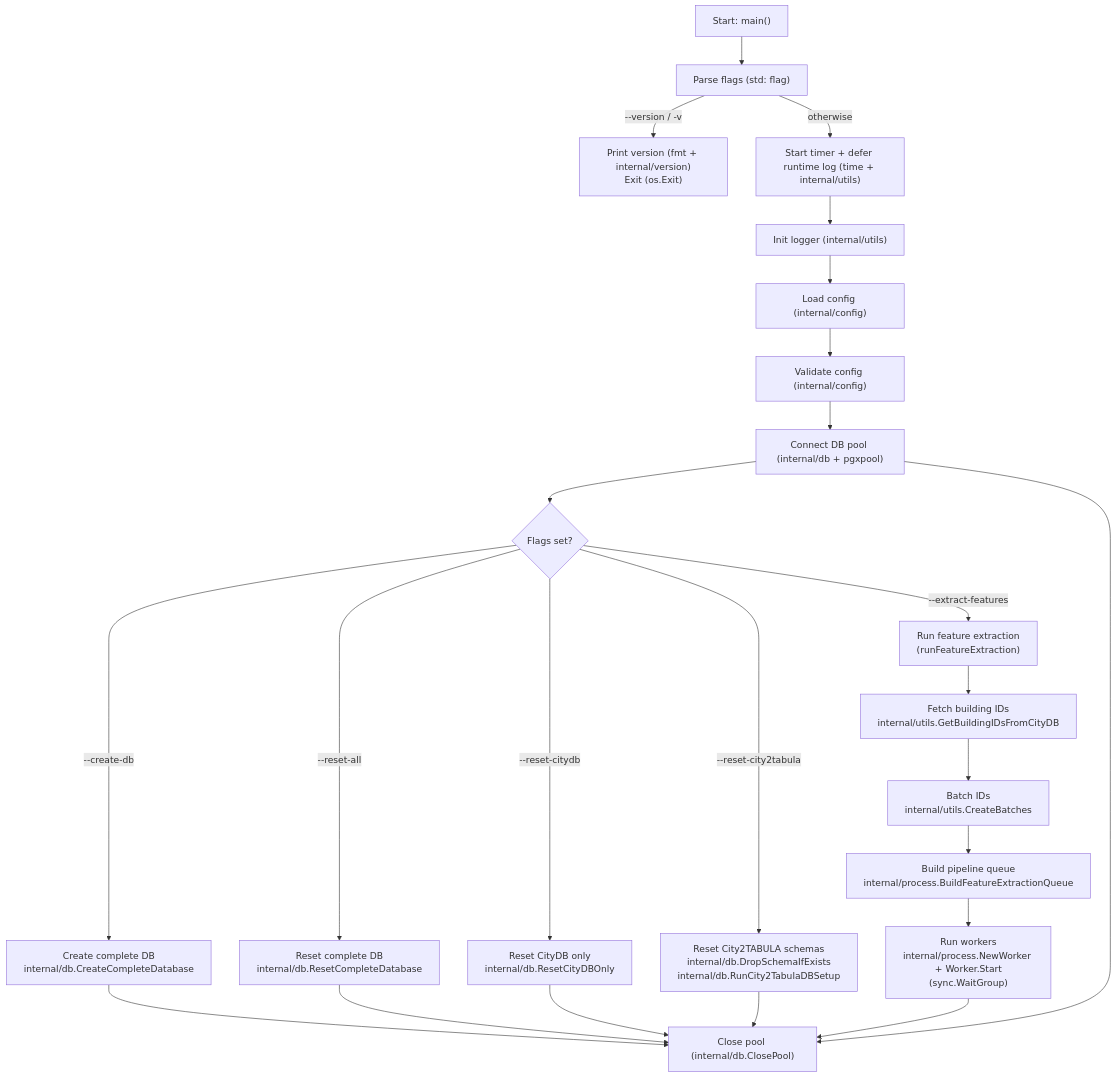
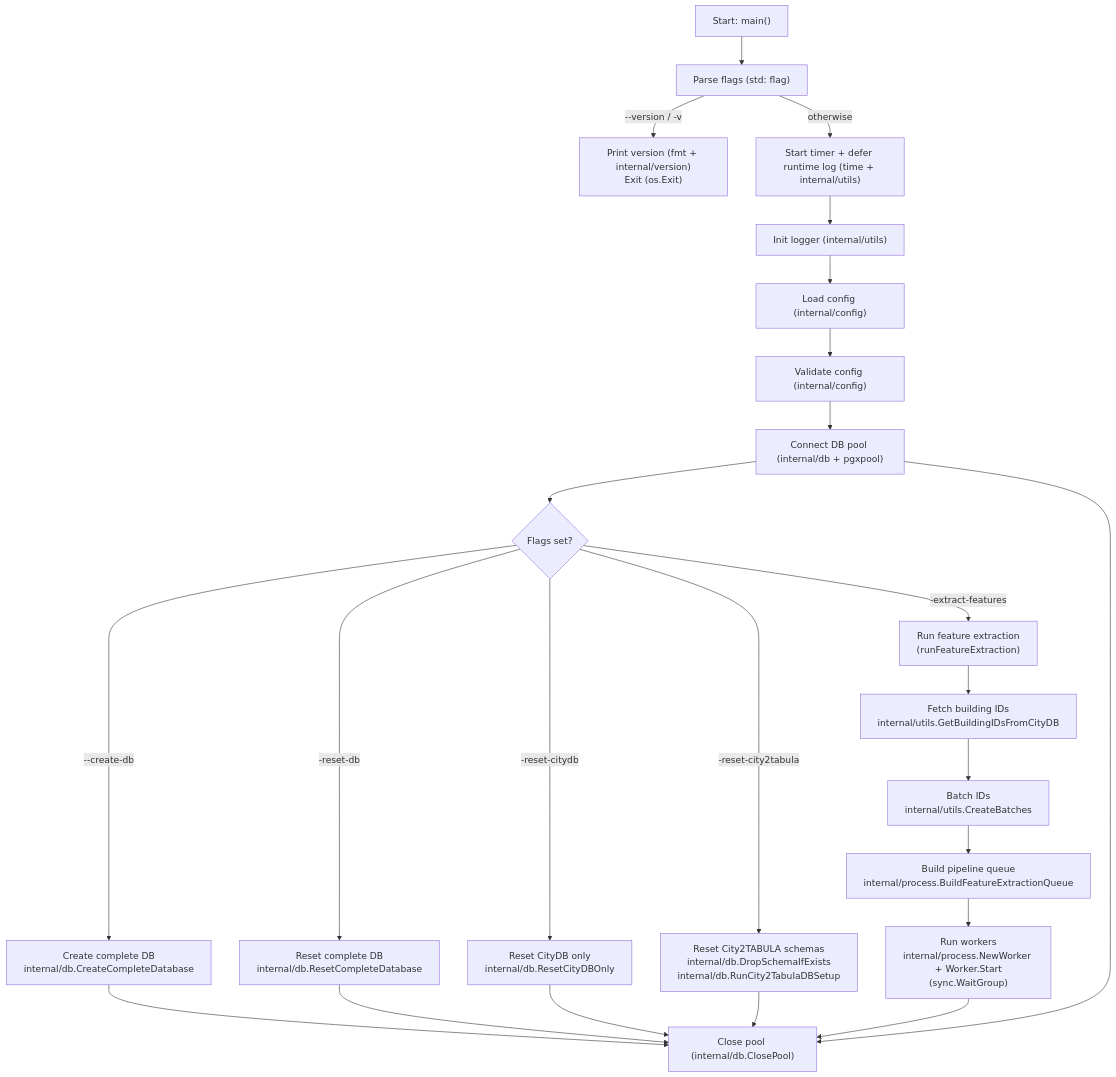
One commit to THD-Spatial-AI/city2tabula changed the diagram in docs/index.md. Above: the diagram before and after it, drawn with Mermaid. The commit also changed 2 other files, not shown here.

Commit message:
Docs: update setup instructions and correct dataset access notes

````diff
--- a/docs/index.md
+++ b/docs/index.md
@@ -59,31 +59,31 @@
 ```mermaid
 flowchart TD
     A["Start: main()"] --> B["Parse flags (std: flag)"]
 
     B -->|--version / -v| V["Print version (fmt + internal/version)\nExit (os.Exit)"]
 
     B -->|otherwise| T["Start timer + defer runtime log (time + internal/utils)"]
     T --> L["Init logger (internal/utils)"]
     L --> C["Load config (internal/config)"]
     C --> CV["Validate config (internal/config)"]
     CV --> D["Connect DB pool (internal/db + pgxpool)"]
     D --> F{Flags set?}
 
     F -->|--create-db| CD[Create complete DB\ninternal/db.CreateCompleteDatabase]
-    F -->|--reset-all| RA[Reset complete DB\ninternal/db.ResetCompleteDatabase]
-    F -->|--reset-citydb| RC[Reset CityDB only\ninternal/db.ResetCityDBOnly]
-    F -->|--reset-city2tabula| R2[Reset City2TABULA schemas\ninternal/db.DropSchemaIfExists\ninternal/db.RunCity2TabulaDBSetup]
+    F -->|-reset-db| RA[Reset complete DB\ninternal/db.ResetCompleteDatabase]
+    F -->|-reset-citydb| RC[Reset CityDB only\ninternal/db.ResetCityDBOnly]
+    F -->|-reset-city2tabula| R2[Reset City2TABULA schemas\ninternal/db.DropSchemaIfExists\ninternal/db.RunCity2TabulaDBSetup]
 
-    F -->|--extract-features| EF["Run feature extraction\n(runFeatureExtraction)"]
+    F -->|-extract-features| EF["Run feature extraction\n(runFeatureExtraction)"]
     EF --> EF1[Fetch building IDs\ninternal/utils.GetBuildingIDsFromCityDB]
     EF1 --> EF2[Batch IDs\ninternal/utils.CreateBatches]
     EF2 --> EF3[Build pipeline queue\ninternal/process.BuildFeatureExtractionQueue]
     EF3 --> EF4["Run workers\ninternal/process.NewWorker + Worker.Start\n(sync.WaitGroup)"]
 
     CD --> Z["Close pool (internal/db.ClosePool)"]
     RA --> Z
     RC --> Z
     R2 --> Z
     EF4 --> Z
     D --> Z
 ```
````
